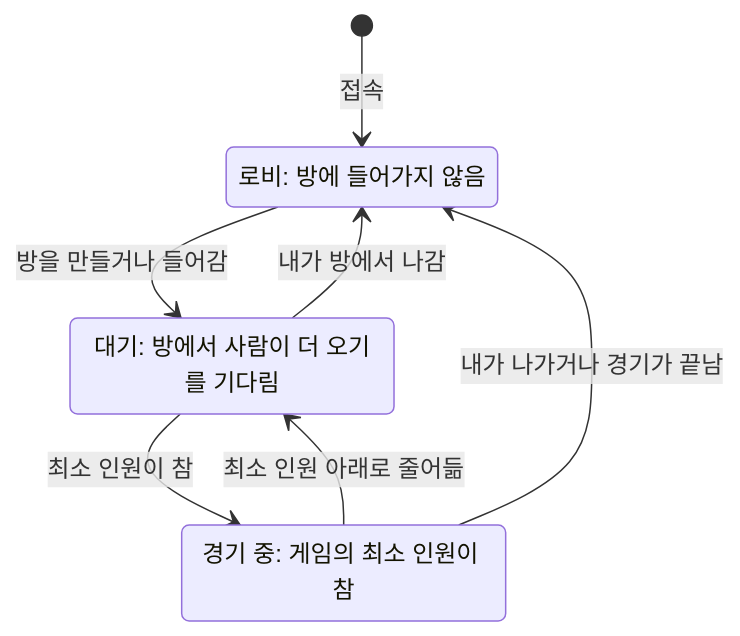
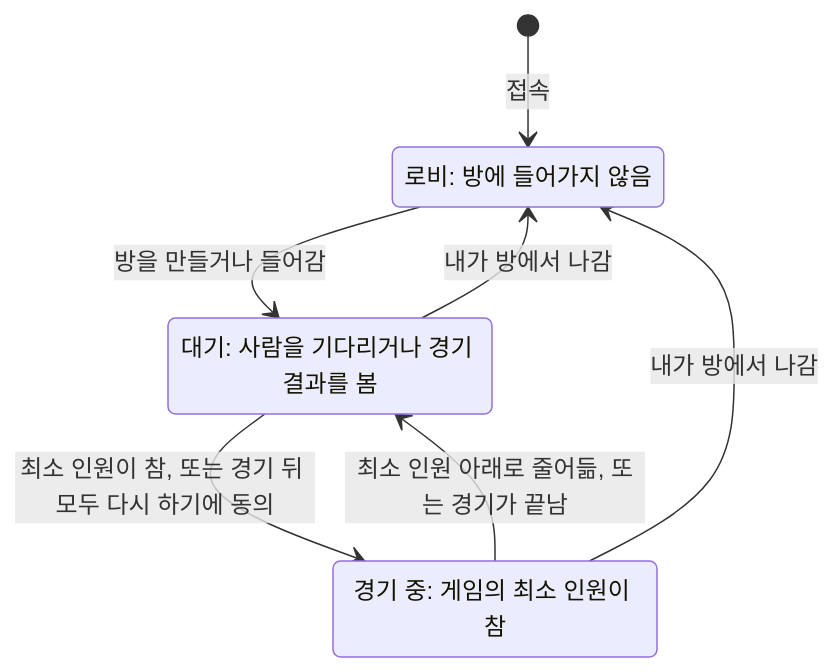
The third of 4 diagrams in docs/overview.md (JustForLabor/Relay-Server-Practice), drawn with Mermaid before and after one commit. The commit also changed other lines of this file and 3 other files, not shown here.

````diff
--- a/docs/overview.md
+++ b/docs/overview.md
@@ -176,13 +176,13 @@
 ```mermaid
 stateDiagram-v2
     direction TB
     state "로비: 방에 들어가지 않음" as lobby
-    state "대기: 방에서 사람이 더 오기를 기다림" as waiting
+    state "대기: 사람을 기다리거나 경기 결과를 봄" as waiting
     state "경기 중: 게임의 최소 인원이 참" as playing
     [*] --> lobby: 접속
     lobby --> waiting: 방을 만들거나 들어감
-    waiting --> playing: 최소 인원이 참
-    playing --> waiting: 최소 인원 아래로 줄어듦
+    waiting --> playing: 최소 인원이 참, 또는 경기 뒤 모두 다시 하기에 동의
+    playing --> waiting: 최소 인원 아래로 줄어듦, 또는 경기가 끝남
     waiting --> lobby: 내가 방에서 나감
-    playing --> lobby: 내가 나가거나 경기가 끝남
+    playing --> lobby: 내가 방에서 나감
 ```
````
